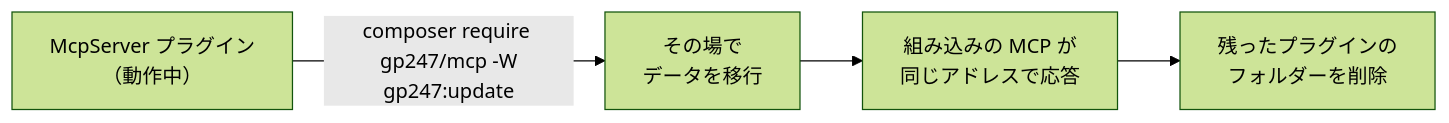
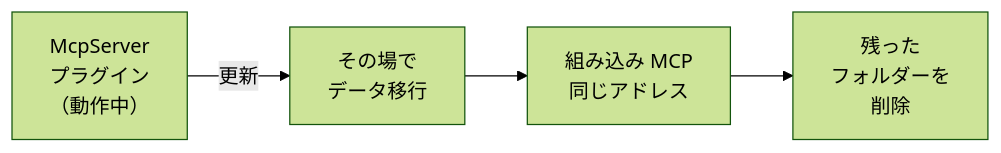
The second of 2 diagrams in mcp/mcp-administration_ja.md (gp247net/gp247-docs), drawn with Mermaid (forest theme) before and after one commit. The commit also changed other lines of this file and 44 other files, not shown here.

First line of the commit message:
docs: redraw oversized diagrams in security, API and MCP docs (vi/en/ja)

````diff
--- a/mcp/mcp-administration_ja.md
+++ b/mcp/mcp-administration_ja.md
@@ -109,6 +109,6 @@
 ```mermaid
 flowchart LR
-    P["McpServer プラグイン<br/>（動作中）"] -->|"composer require gp247/mcp -W<br/>gp247:update"| M["その場で<br/>データを移行"]
-    M --> N["組み込みの MCP が<br/>同じアドレスで応答"]
-    N --> D["残ったプラグインの<br/>フォルダーを削除"]
+    P["McpServer<br/>プラグイン<br/>（動作中）"] -->|"更新"| M["その場で<br/>データ移行"]
+    M --> N["組み込み MCP<br/>同じアドレス"]
+    N --> D["残った<br/>フォルダーを<br/>削除"]
 ```
````
